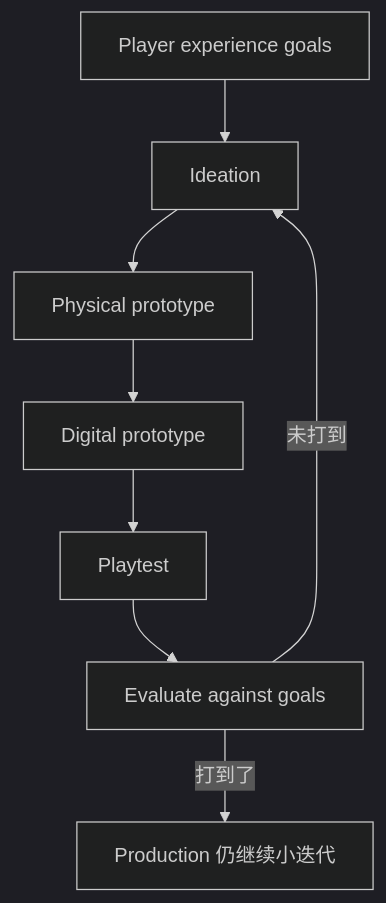
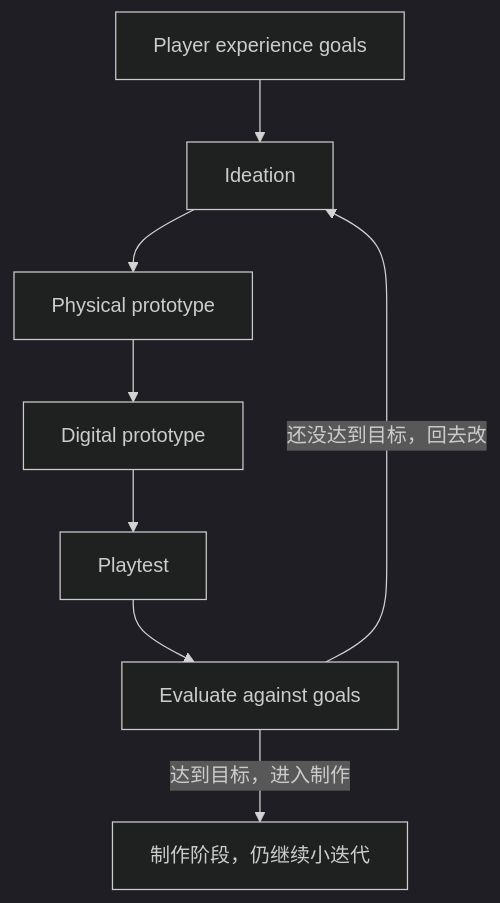
Before and after one commit to openalon/AI-Notes: the diagram in 04-GameDesignWorkshop/00-GDW阅读导读.md, drawn with Mermaid (dark theme). The commit also changed other lines of this file and 2 other files, not shown here.

Commit message:
Clarify GDW loop labels: match the written player-experience goals.
Replace 打到/未打到 with ordinary Chinese so the mermaid and chapter 1 stop conditions read as a playtest verdict, not jargon.

````diff
--- a/04-GameDesignWorkshop/00-GDW阅读导读.md
+++ b/04-GameDesignWorkshop/00-GDW阅读导读.md
@@ -18,10 +18,10 @@
 ```mermaid
 flowchart TD
   G[Player experience goals] --> I[Ideation]
   I --> P[Physical prototype]
   P --> D[Digital prototype]
   D --> T[Playtest]
   T --> E[Evaluate against goals]
-  E -->|未打到| I
-  E -->|打到了| Prod[Production 仍继续小迭代]
+  E -->|还没达到目标，回去改| I
+  E -->|达到目标，进入制作| Prod[制作阶段，仍继续小迭代]
 ```
````
